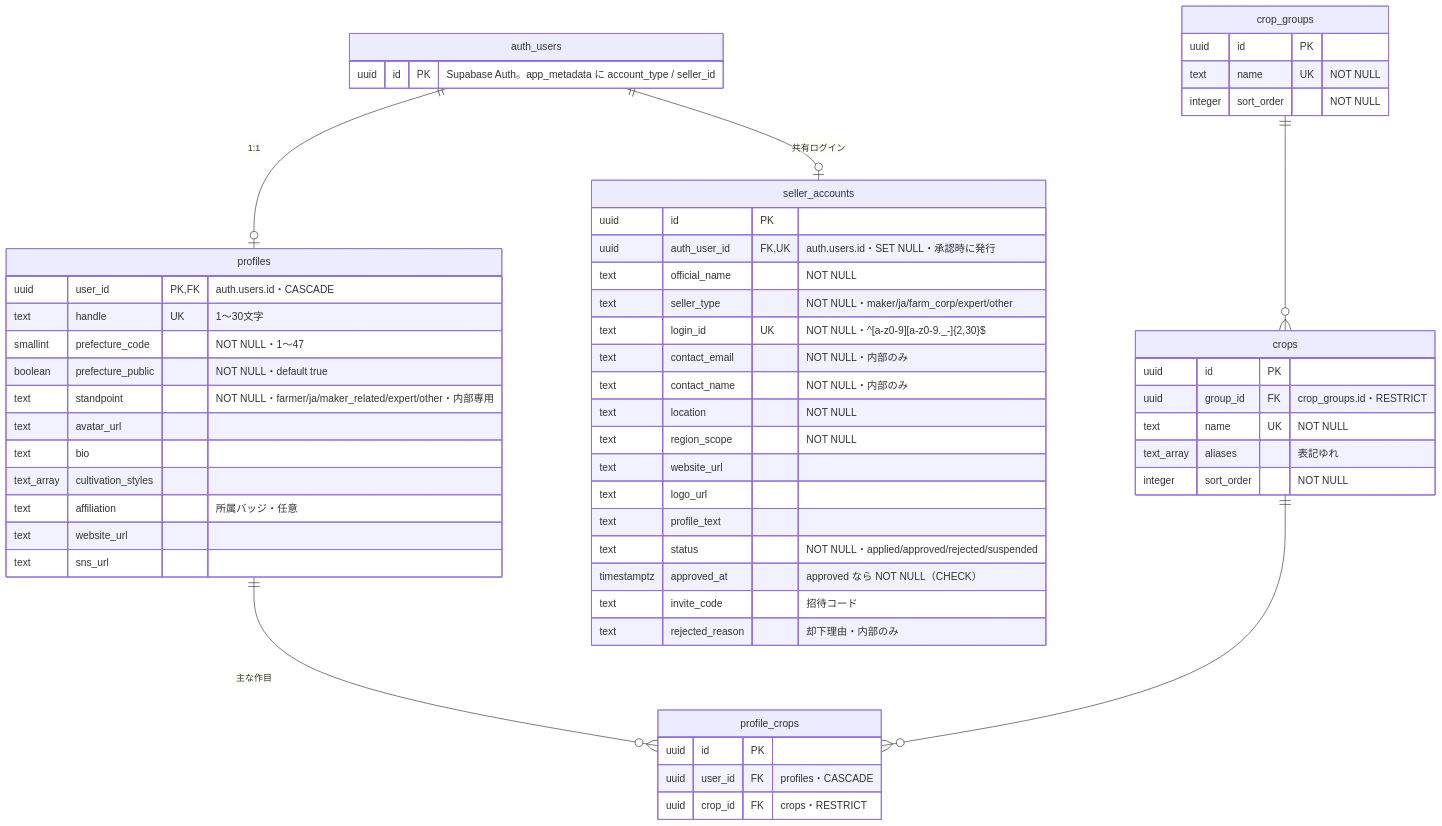
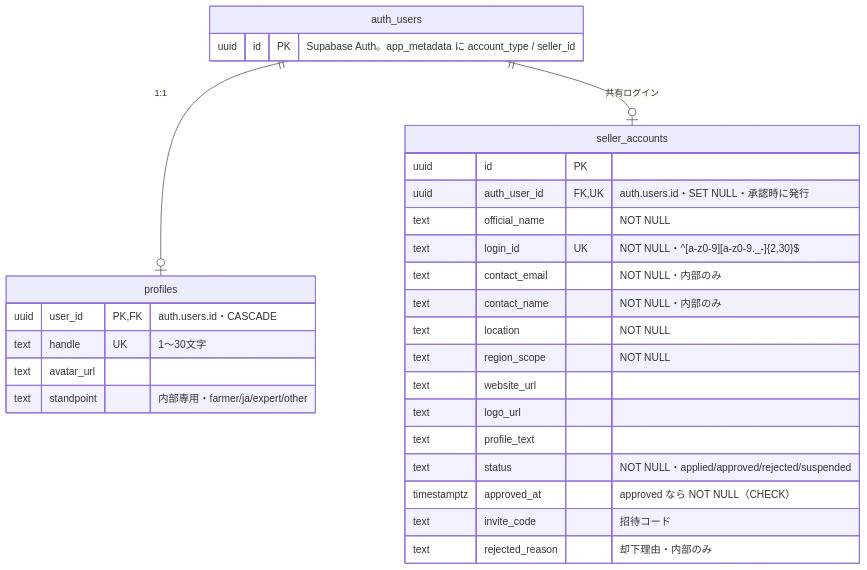
One commit to farmille/farmille changed the second of 17 diagrams in docs/rebuild/06-diagrams.md. Above: the diagram before and after it, drawn with Mermaid. The commit also changed other lines of this file and 247 other files, not shown here.

````diff
--- a/docs/rebuild/06-diagrams.md
+++ b/docs/rebuild/06-diagrams.md
@@ -82,60 +82,31 @@
 ```mermaid
 erDiagram
     auth_users {
         uuid id PK "Supabase Auth。app_metadata に account_type / seller_id"
     }
     profiles {
         uuid user_id PK, FK "auth.users.id・CASCADE"
         text handle UK "1〜30文字"
-        smallint prefecture_code "NOT NULL・1〜47"
-        boolean prefecture_public "NOT NULL・default true"
-        text standpoint "NOT NULL・farmer/ja/maker_related/expert/other・内部専用"
         text avatar_url
-        text bio
-        text_array cultivation_styles
-        text affiliation "所属バッジ・任意"
-        text website_url
-        text sns_url
+        text standpoint "内部専用・farmer/ja/expert/other"
     }
     seller_accounts {
         uuid id PK
         uuid auth_user_id FK, UK "auth.users.id・SET NULL・承認時に発行"
         text official_name "NOT NULL"
-        text seller_type "NOT NULL・maker/ja/farm_corp/expert/other"
         text login_id UK "NOT NULL・^[a-z0-9][a-z0-9._-]{2,30}$"
         text contact_email "NOT NULL・内部のみ"
         text contact_name "NOT NULL・内部のみ"
         text location "NOT NULL"
         text region_scope "NOT NULL"
         text website_url
         text logo_url
         text profile_text
         text status "NOT NULL・applied/approved/rejected/suspended"
         timestamptz approved_at "approved なら NOT NULL（CHECK）"
         text invite_code "招待コード"
         text rejected_reason "却下理由・内部のみ"
     }
-    crop_groups {
-        uuid id PK
-        text name UK "NOT NULL"
-        integer sort_order "NOT NULL"
-    }
-    crops {
-        uuid id PK
-        uuid group_id FK "crop_groups.id・RESTRICT"
-        text name UK "NOT NULL"
-        text_array aliases "表記ゆれ"
-        integer sort_order "NOT NULL"
-    }
-    profile_crops {
-        uuid id PK
-        uuid user_id FK "profiles・CASCADE"
-        uuid crop_id FK "crops・RESTRICT"
-    }
-
     auth_users ||--o| profiles : "1:1"
     auth_users ||--o| seller_accounts : "共有ログイン"
-    profiles ||--o{ profile_crops : "主な作目"
-    crops ||--o{ profile_crops : ""
-    crop_groups ||--o{ crops : ""
 ```
````
